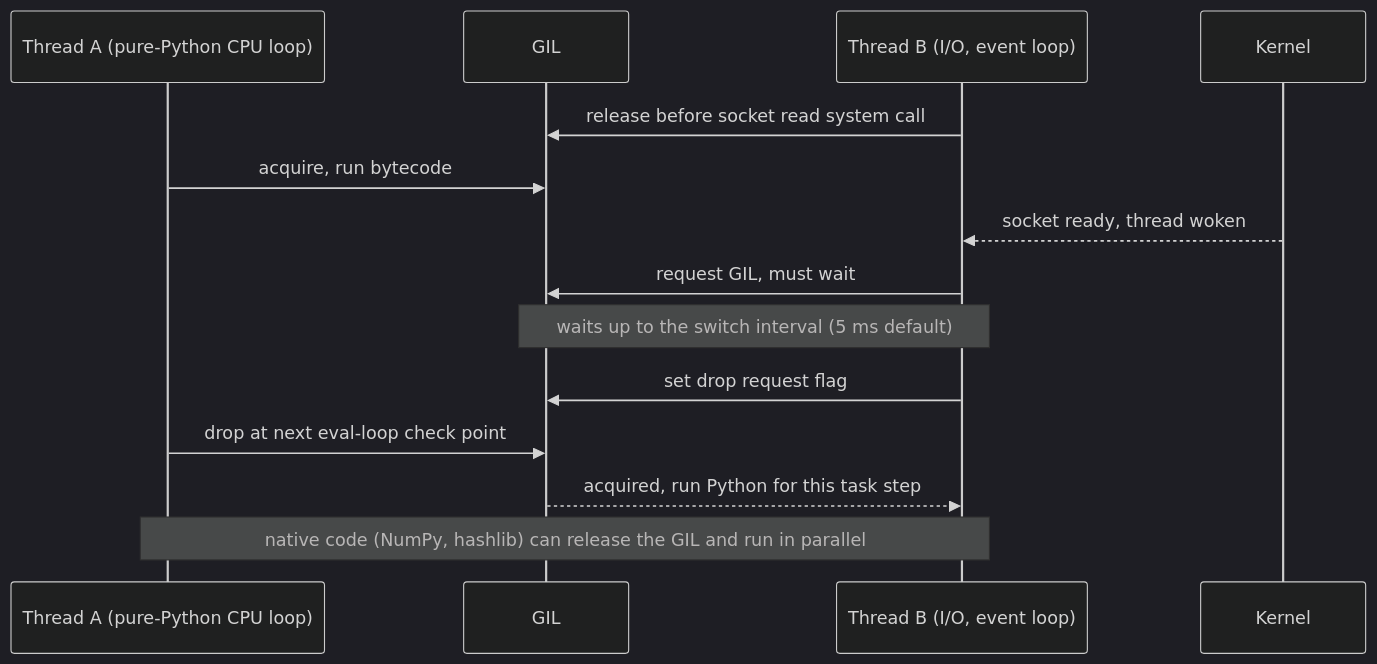
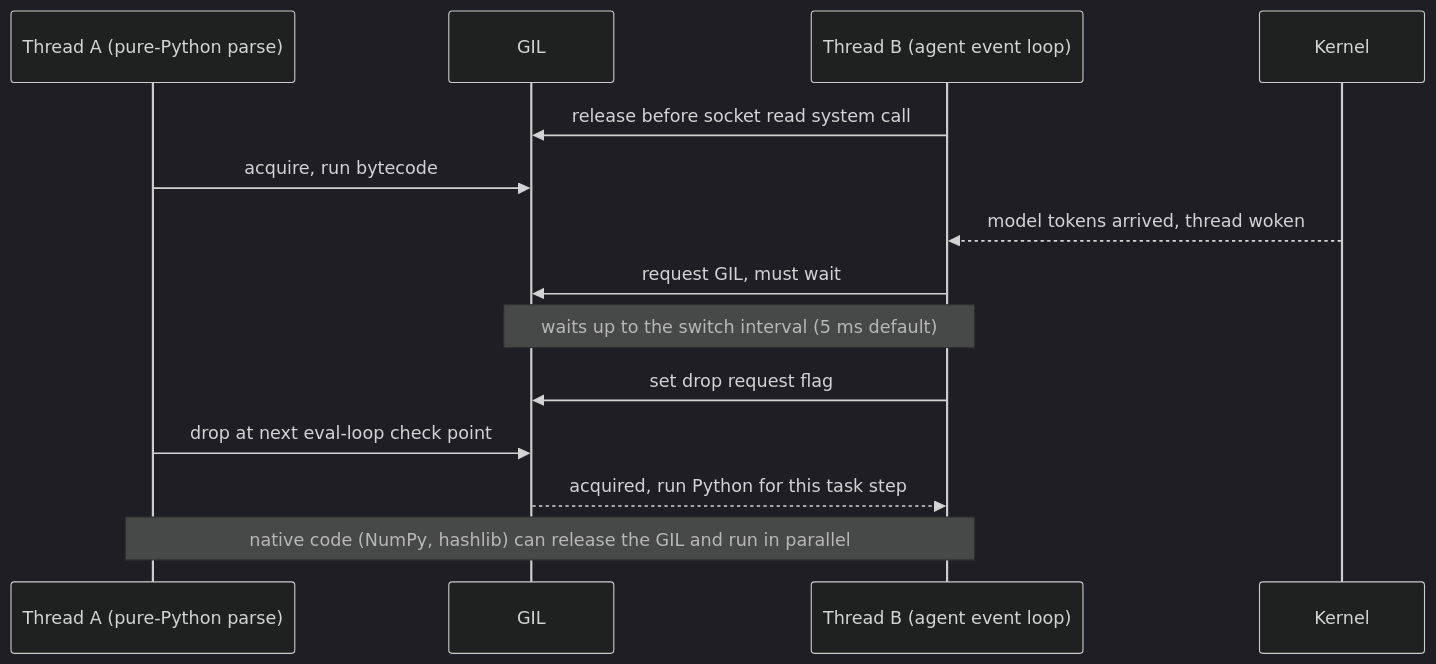
The diagram in content/python-for-ai/gil.md (lovishmahajan97/agentic-learning), drawn with Mermaid (dark theme) before and after one commit. The commit also changed other lines of this file and 266 other files, not shown here.

````diff
--- a/content/python-for-ai/gil.md
+++ b/content/python-for-ai/gil.md
@@ -103,16 +119,16 @@
 ```mermaid
 sequenceDiagram
-    participant A as Thread A (pure-Python CPU loop)
+    participant A as Thread A (pure-Python parse)
     participant G as GIL
-    participant B as Thread B (I/O, event loop)
+    participant B as Thread B (agent event loop)
     participant K as Kernel
     B->>G: release before socket read system call
     A->>G: acquire, run bytecode
-    K-->>B: socket ready, thread woken
+    K-->>B: model tokens arrived, thread woken
     B->>G: request GIL, must wait
     Note over B,G: waits up to the switch interval (5 ms default)
     B->>G: set drop request flag
     A->>G: drop at next eval-loop check point
     G-->>B: acquired, run Python for this task step
     Note over A,B: native code (NumPy, hashlib) can release the GIL and run in parallel
 ```
````
